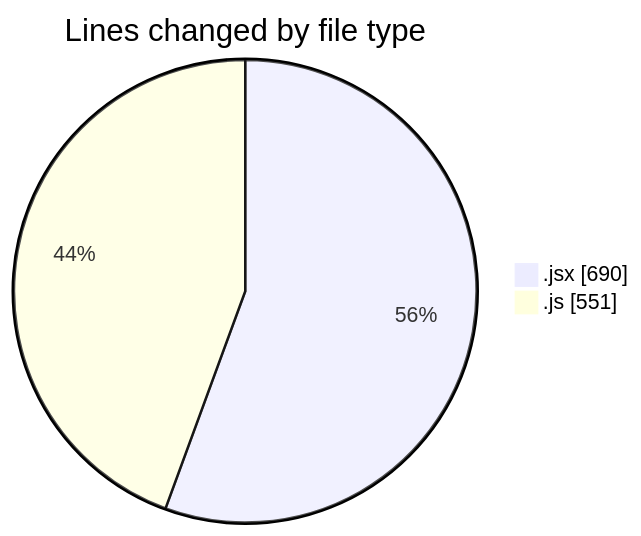
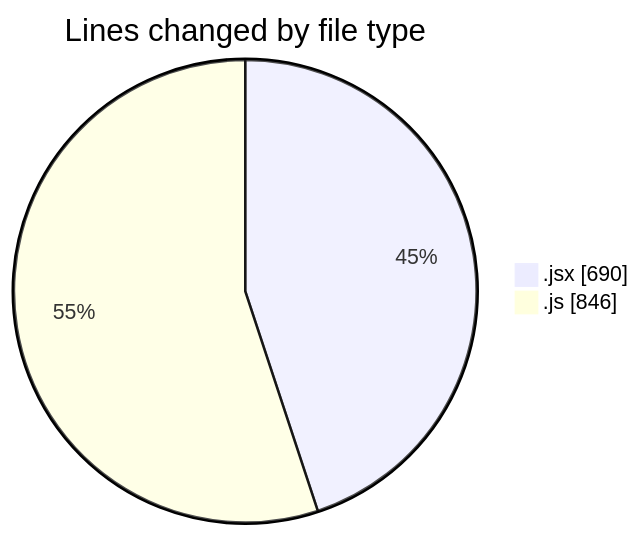
One commit to nxtqubesakshisongat/code-tracking changed the first of 2 diagrams in 2025-07-25/nxtqube_webapp/README.md. Above: the diagram before and after it, drawn with Mermaid. The commit also changed other lines of this file and 1 other file, not shown here.

````diff
--- a/2025-07-25/nxtqube_webapp/README.md
+++ b/2025-07-25/nxtqube_webapp/README.md
@@ -22,6 +23,6 @@
 ```mermaid
 pie showData
 title Lines changed by file type
 ".jsx" : 690
-".js" : 551
+".js" : 846
 ```
````
